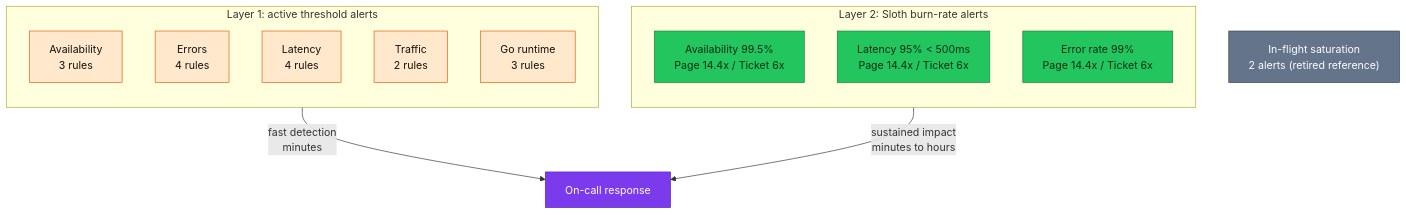
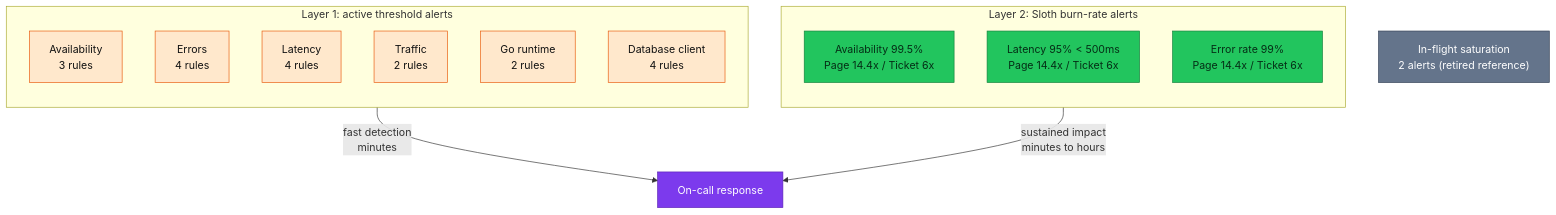
The first of 5 diagrams in docs/observability/runbooks/microservices-alerts.md (duynhlab/homelab), drawn with Mermaid before and after one commit. The commit also changed other lines of this file and 116 other files, not shown here.

````diff
--- a/docs/observability/runbooks/microservices-alerts.md
+++ b/docs/observability/runbooks/microservices-alerts.md
@@ -37,33 +33,34 @@
 ```mermaid
 flowchart TD
     subgraph layer1["Layer 1: active threshold alerts"]
         direction TB
         availability["Availability<br/>3 rules"]
         errors["Errors<br/>4 rules"]
         latency["Latency<br/>4 rules"]
         traffic["Traffic<br/>2 rules"]
-        runtime["Go runtime<br/>3 rules"]
+        runtime["Go runtime<br/>2 rules"]
+        dbclient["Database client<br/>4 rules"]
     end
 
     subgraph layer2["Layer 2: Sloth burn-rate alerts"]
         direction TB
         sloAvailability["Availability 99.5%<br/>Page 14.4x / Ticket 6x"]
         sloLatency["Latency 95% < 500ms<br/>Page 14.4x / Ticket 6x"]
         sloErrors["Error rate 99%<br/>Page 14.4x / Ticket 6x"]
     end
 
     retired["In-flight saturation<br/>2 alerts (retired reference)"]
     response["On-call response"]
 
     layer1 -->|"fast detection<br/>minutes"| response
     layer2 -->|"sustained impact<br/>minutes to hours"| response
 
     classDef data fill:#22c55e,color:#052e16,stroke:#15803d;
     classDef metric fill:#ffe8cc,color:#111,stroke:#e8590c;
     classDef platform fill:#7c3aed,color:#fff,stroke:#5b21b6;
     classDef external fill:#64748b,color:#fff,stroke:#334155;
-    class availability,errors,latency,traffic,runtime metric;
+    class availability,errors,latency,traffic,runtime,dbclient metric;
     class sloAvailability,sloLatency,sloErrors data;
     class response platform;
     class retired external;
 ```
````
